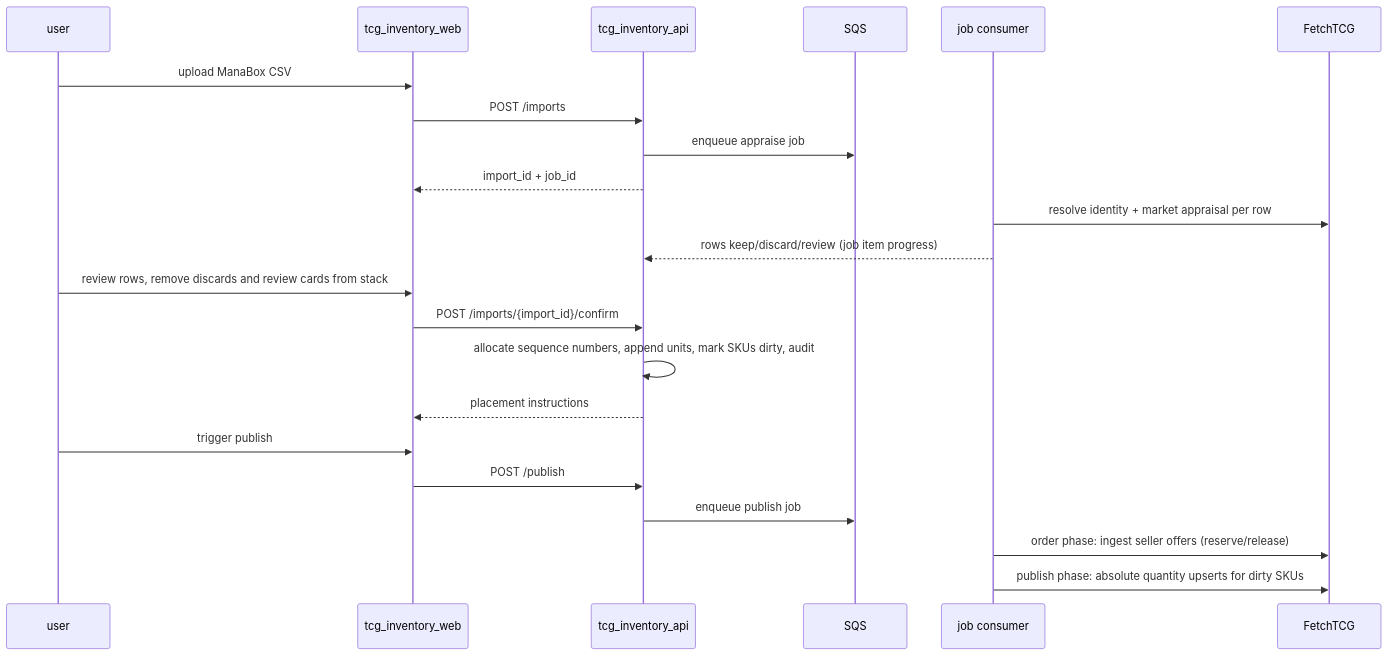
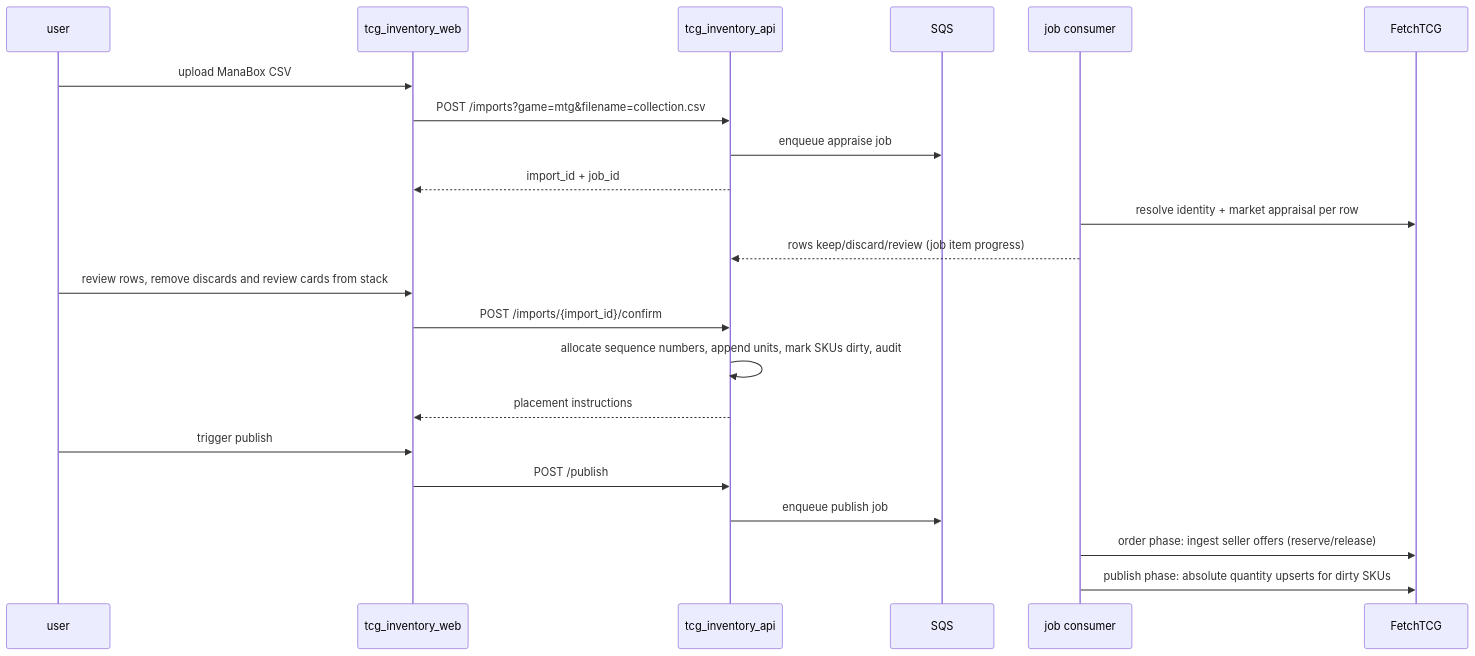
Before and after one commit to jordansimsmith/jordansimsmith-com: the second of 3 diagrams in tcg_inventory_api/README.md, drawn with Mermaid. The commit also changed other lines of this file and 34 other files, not shown here.

Commit message:
Add game registry and pass game to imports

````diff
--- a/tcg_inventory_api/README.md
+++ b/tcg_inventory_api/README.md
@@ -88,25 +89,25 @@
 ```mermaid
 sequenceDiagram
   participant U as user
   participant W as tcg_inventory_web
   participant A as tcg_inventory_api
   participant Q as SQS
   participant J as job consumer
   participant F as FetchTCG
 
   U->>W: upload ManaBox CSV
-  W->>A: POST /imports
+  W->>A: POST /imports?game=mtg&filename=collection.csv
   A->>Q: enqueue appraise job
   A-->>W: import_id + job_id
   J->>F: resolve identity + market appraisal per row
   J-->>A: rows keep/discard/review (job item progress)
   U->>W: review rows, remove discards and review cards from stack
   W->>A: POST /imports/{import_id}/confirm
   A->>A: allocate sequence numbers, append units, mark SKUs dirty, audit
   A-->>W: placement instructions
   U->>W: trigger publish
   W->>A: POST /publish
   A->>Q: enqueue publish job
   J->>F: order phase: ingest seller offers (reserve/release)
   J->>F: publish phase: absolute quantity upserts for dirty SKUs
 ```
````
